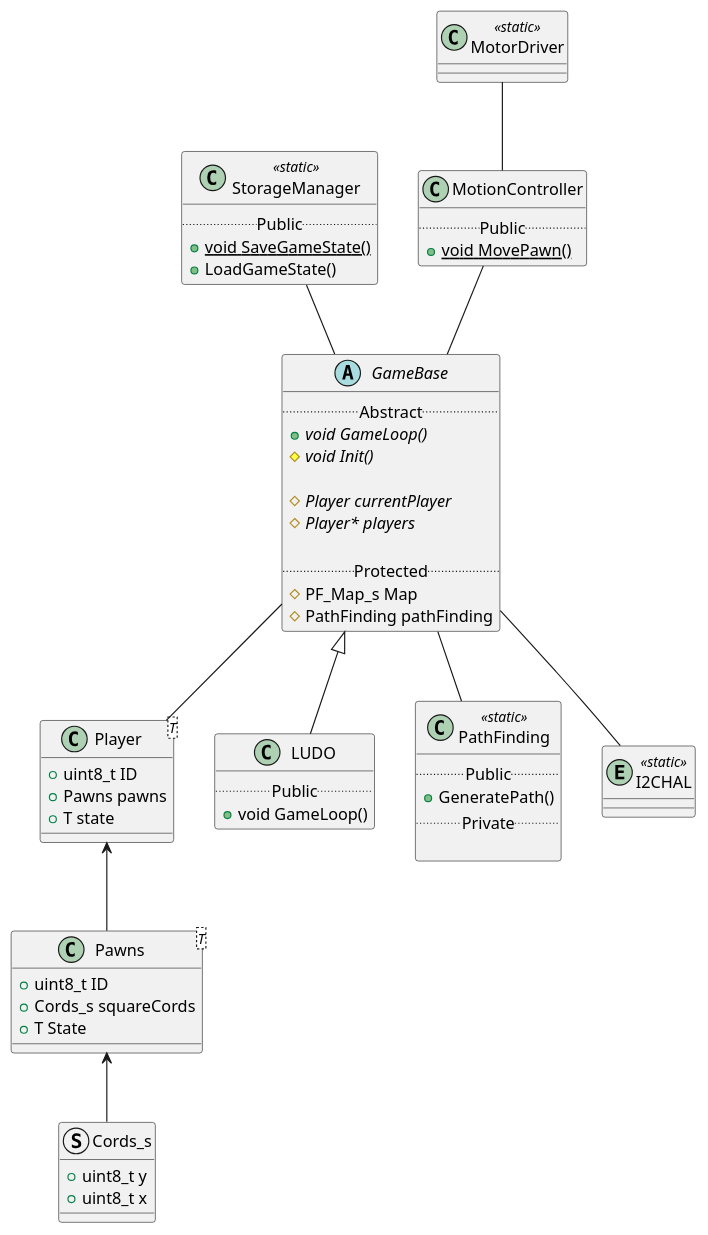
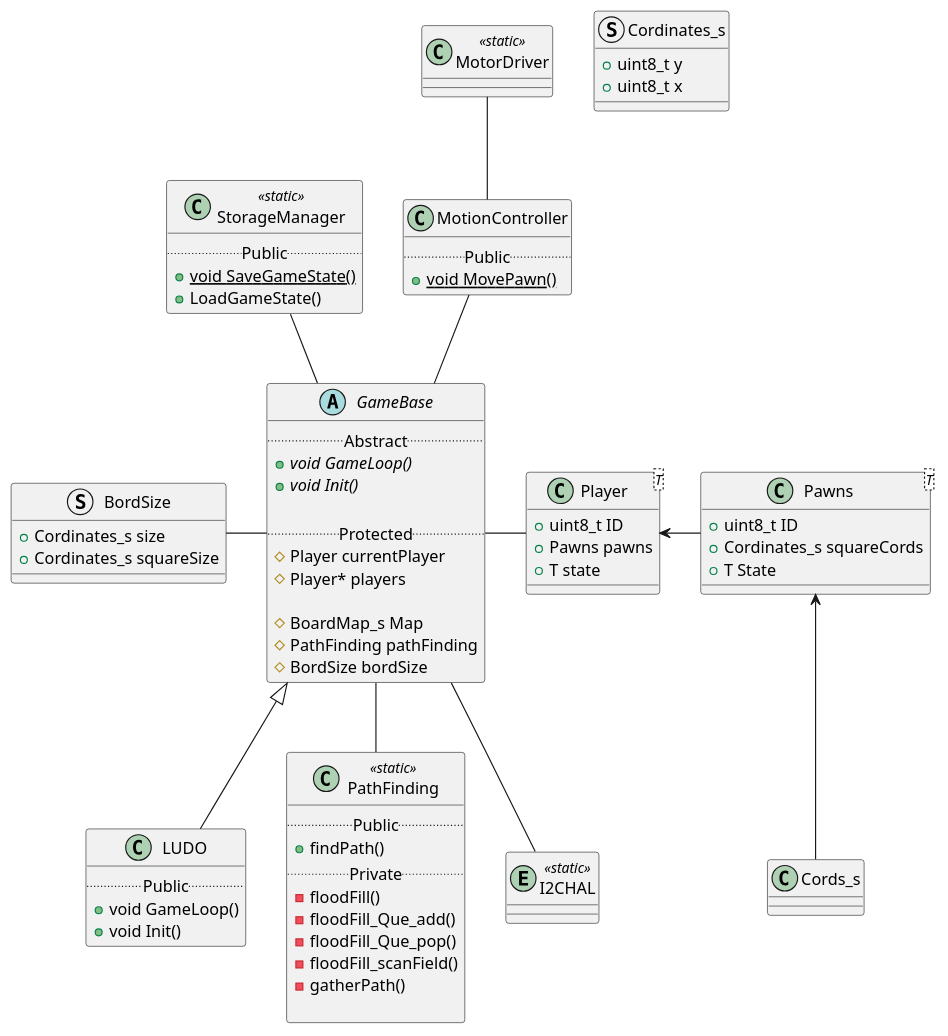
The diagram in documentation/classDiagram.plantuml (RemonZander/MTG), drawn with PlantUML before and after one commit. The commit also changed 16 other files, not shown here.

```diff
--- a/documentation/classDiagram.plantuml
+++ b/documentation/classDiagram.plantuml
@@ -1,73 +1,86 @@
 @startuml classDiagram
 abstract GameBase {
     .. Abstract ..
     {abstract} + void GameLoop()
-    {abstract} # void Init()
-
-    {abstract} # Player currentPlayer
-    {abstract} # Player* players
+    {abstract} + void Init()
 
     .. Protected ..
-    # PF_Map_s Map
+    # Player currentPlayer
+    # Player* players
+
+    # BoardMap_s Map
     # PathFinding pathFinding
+    # BordSize bordSize
 }
 
 class Player<T> {
     + uint8_t ID
     + Pawns pawns
     + T state
 }
 
 class Pawns<T> {
     + uint8_t ID
-    + Cords_s squareCords
+    + Cordinates_s squareCords
     + T State
 }
 
-struct Cords_s {
+struct Cordinates_s {
     + uint8_t y
     + uint8_t x
+}
+
+struct BordSize {
+    + Cordinates_s size
+    + Cordinates_s squareSize
 }
 
 class LUDO {
     .. Public ..
     + void GameLoop()
+    + void Init()
 }
 
 
 class StorageManager <<static>> {
     .. Public ..
     {static} + void SaveGameState()
     + LoadGameState()
 }
 
 
 class MotionController {
     .. Public ..
     {static} + void MovePawn()
 }
 
 class MotorDriver <<static>> {
 
 }
 
 class PathFinding <<static>> {
     .. Public ..
-    + GeneratePath()
+    + findPath()
     .. Private ..
+    - floodFill()
+    - floodFill_Que_add()
+    - floodFill_Que_pop()
+    - floodFill_scanField()
+    - gatherPath()
 
 }
 
 
 entity          I2CHAL <<static>>
 
-GameBase --             Player
+BordSize -             GameBase
+GameBase -             Player
 Pawns <--               Cords_s 
-Player <--              Pawns
+Player <-              Pawns
 GameBase <|--           LUDO
 StorageManager --       GameBase
 MotionController --     GameBase
 MotorDriver --          MotionController
 GameBase --             PathFinding
 GameBase --             I2CHAL         
 @enduml
```
